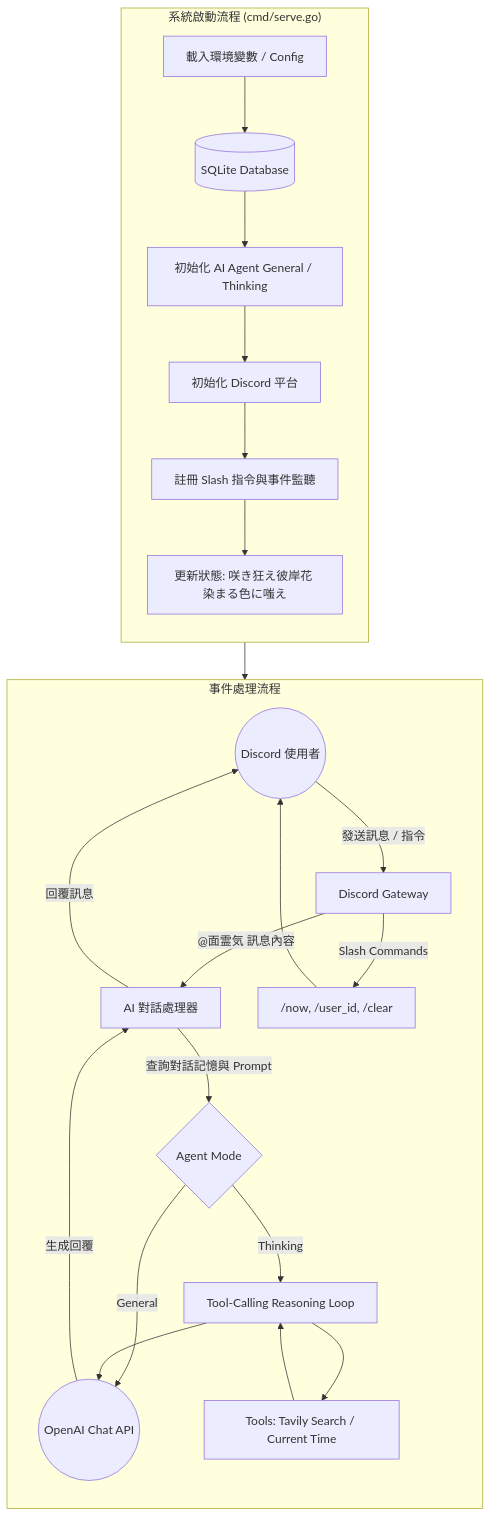
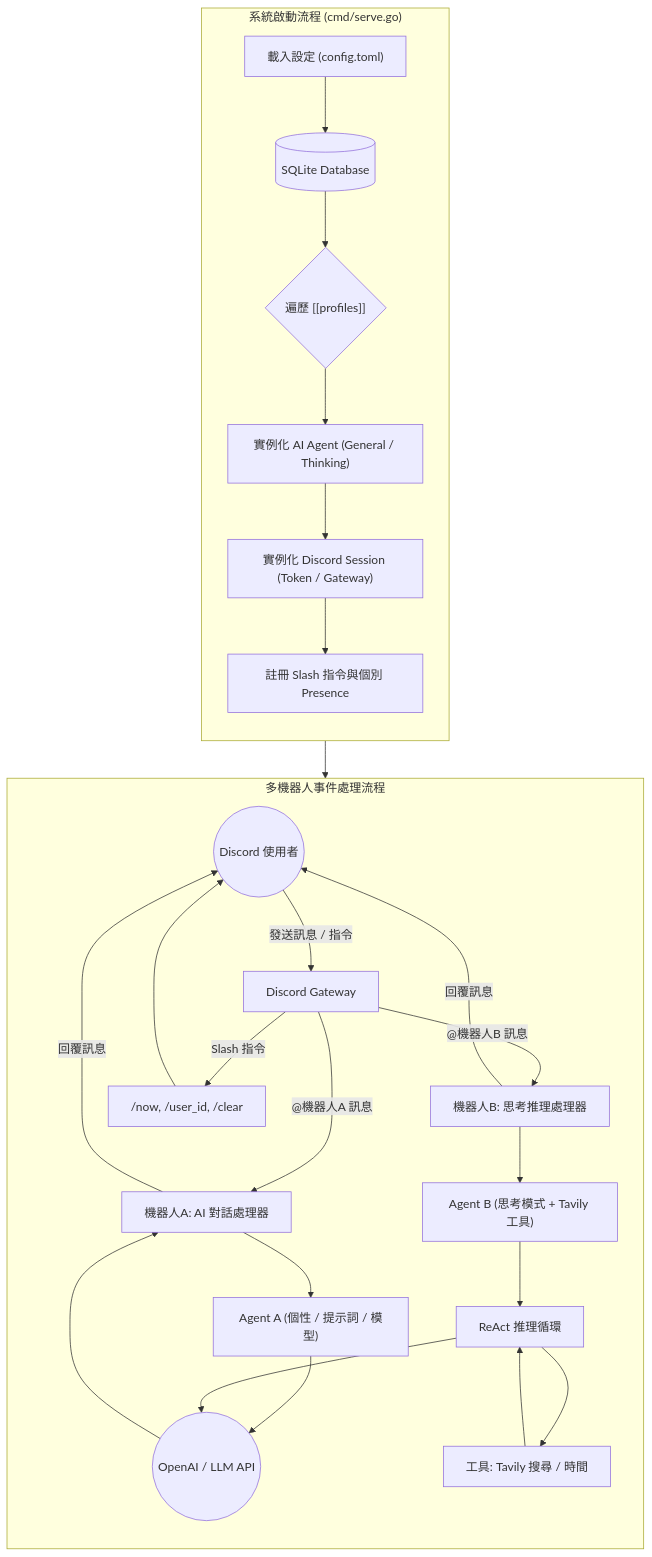
The diagram in README.zh-TW.md (supersonictw/menreiki), drawn with Mermaid before and after one commit. The commit also changed other lines of this file and 11 other files, not shown here.

Commit message:
feat: support multi-bot profiles with TOML configuration

````diff
--- a/README.zh-TW.md
+++ b/README.zh-TW.md
@@ -13,31 +13,35 @@
 ```mermaid
 flowchart TD
     subgraph Initialization ["系統啟動流程 (cmd/serve.go)"]
         direction TB
-        A[載入環境變數 / Config] --> B[(SQLite Database)]
-        B --> C[初始化 AI Agent General / Thinking]
-        C --> D[初始化 Discord 平台]
-        D --> E[註冊 Slash 指令與事件監聽]
-        E --> F[更新狀態: 咲き狂え彼岸花 染まる色に嗤え]
+        A["載入設定 (config.toml)"] --> B[(SQLite Database)]
+        B --> C{"遍歷 [[profiles]]"}
+        C --> D["實例化 AI Agent (General / Thinking)"]
+        D --> E["實例化 Discord Session (Token / Gateway)"]
+        E --> F["註冊 Slash 指令與個別 Presence"]
     end
 
-    subgraph EventFlow ["事件處理流程"]
+    subgraph EventFlow ["多機器人事件處理流程"]
         direction TB
         U((Discord 使用者)) -- 發送訊息 / 指令 --> D_In[Discord Gateway]
 
-        D_In -- "@面霊気 訊息內容" --> Chat[AI 對話處理器]
-        Chat -- 查詢對話記憶與 Prompt --> Agent{Agent Mode}
-        Agent -- "General" --> LLM((OpenAI Chat API))
-        Agent -- "Thinking" --> Loop[Tool-Calling Reasoning Loop]
-        Loop --> Tools[Tools: Tavily Search / Current Time]
+        D_In -- "@機器人A 訊息" --> ChatA[機器人A: AI 對話處理器]
+        ChatA --> AgentA["Agent A (個性 / 提示詞 / 模型)"]
+        AgentA --> LLM((OpenAI / LLM API))
+        LLM --> ChatA
+        ChatA -- 回覆訊息 --> U
+
+        D_In -- "@機器人B 訊息" --> ChatB[機器人B: 思考推理處理器]
+        ChatB --> AgentB["Agent B (思考模式 + Tavily 工具)"]
+        AgentB --> Loop[ReAct 推理循環]
+        Loop --> Tools[工具: Tavily 搜尋 / 時間]
         Tools --> Loop
         Loop --> LLM
-        LLM -- 生成回覆 --> Chat
-        Chat -- 回覆訊息 --> U
+        ChatB -- 回覆訊息 --> U
 
-        D_In -- Slash Commands --> Cmds["/now, /user_id, /clear"]
+        D_In -- Slash 指令 --> Cmds["/now, /user_id, /clear"]
         Cmds --> U
     end
 
     Initialization --> EventFlow
 ```
````
